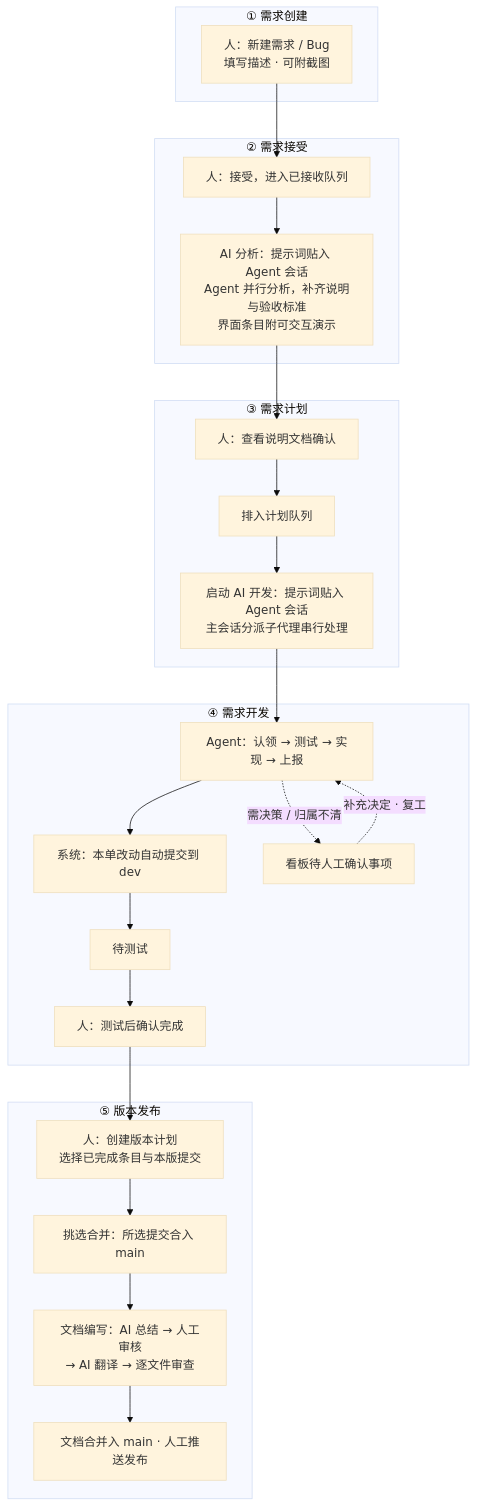
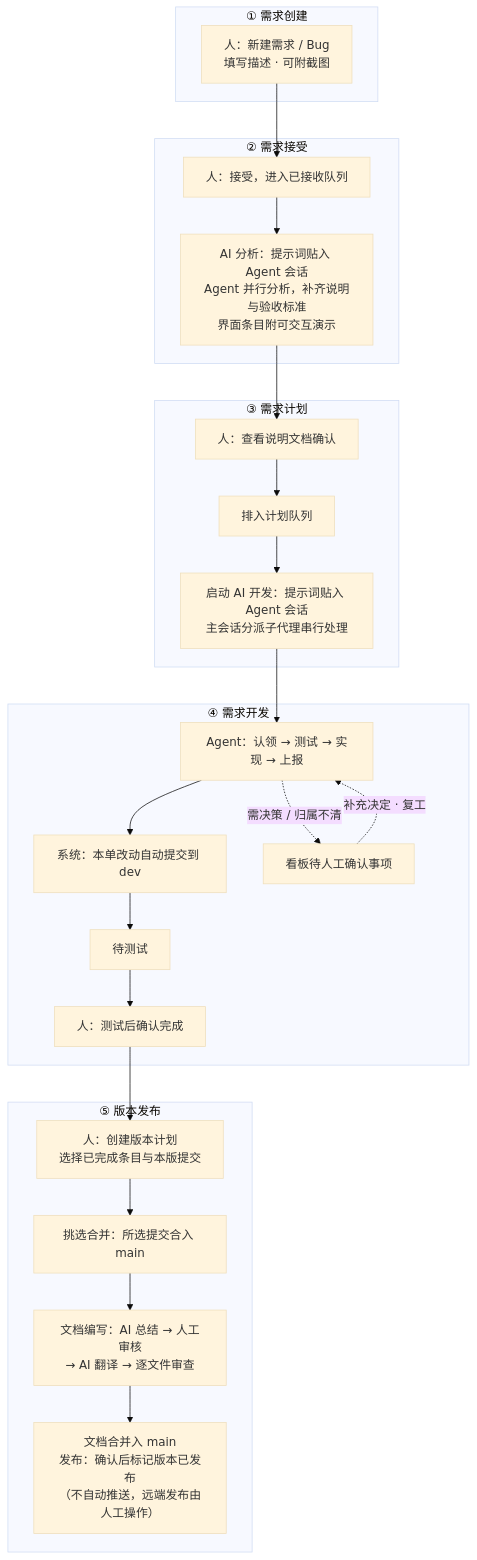
The diagram in README.md (adichou/agent-team-board), drawn with Mermaid (base theme) before and after one commit. The commit also changed other lines of this file and 7 other files, not shown here.

````diff
--- a/README.md
+++ b/README.md
@@ -51,34 +51,34 @@
 ```mermaid
 flowchart TB
     subgraph P1["① 需求创建"]
         A["人：新建需求 / Bug<br/>填写描述 · 可附截图"]
     end
 
     subgraph P2["② 需求接受"]
         B["人：接受，进入已接收队列"] --> C["AI 分析：提示词贴入 Agent 会话<br/>Agent 并行分析，补齐说明与验收标准<br/>界面条目附可交互演示"]
     end
 
     subgraph P3["③ 需求计划"]
         E["人：查看说明文档确认"] --> F["排入计划队列"]
         F --> G["启动 AI 开发：提示词贴入 Agent 会话<br/>主会话分派子代理串行处理"]
     end
 
     subgraph P4["④ 需求开发"]
         H["Agent：认领 → 测试 → 实现 → 上报"] --> I["系统：本单改动自动提交到 dev"]
         I --> J["待测试"]
         J --> K["人：测试后确认完成"]
         H -.->|"需决策 / 归属不清"| HOLD["看板待人工确认事项"]
         HOLD -.->|"补充决定 · 复工"| H
     end
 
     subgraph P5["⑤ 版本发布"]
         L["人：创建版本计划<br/>选择已完成条目与本版提交"] --> M["挑选合并：所选提交合入 main"]
         M --> N["文档编写：AI 总结 → 人工审核<br/>→ AI 翻译 → 逐文件审查"]
-        N --> O["文档合并入 main · 人工推送发布"]
+        N --> O["文档合并入 main<br/>发布：确认后标记版本已发布<br/>（不自动推送，远端发布由人工操作）"]
     end
 
     A --> B
     C --> E
     G --> H
     K --> L
 ```
````
